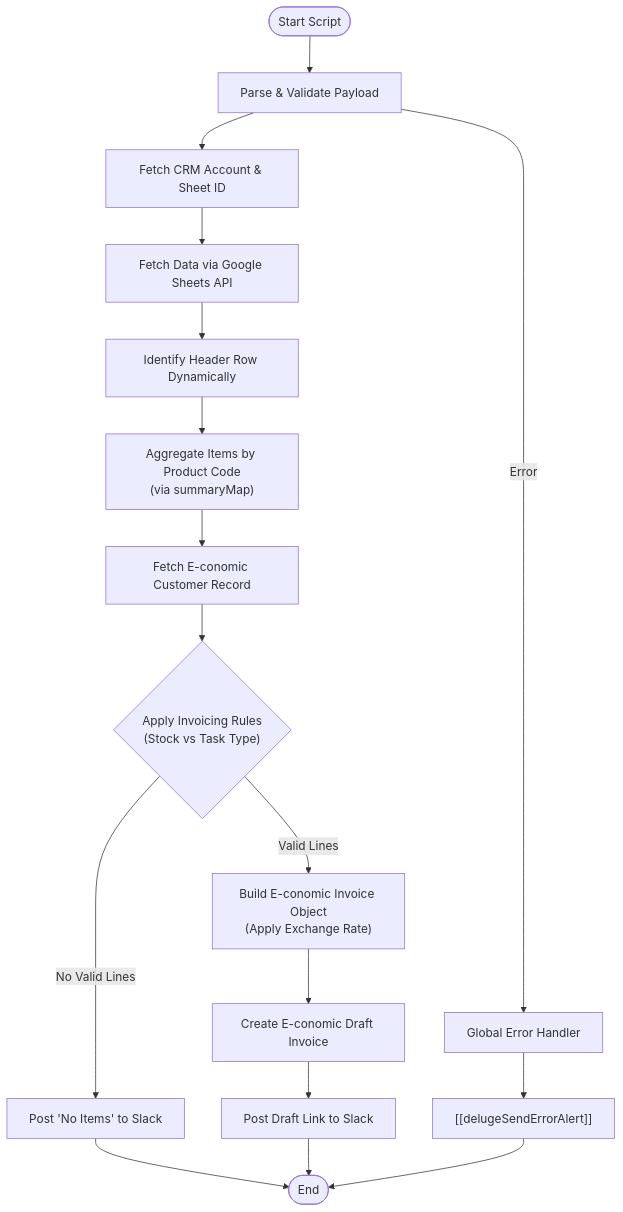
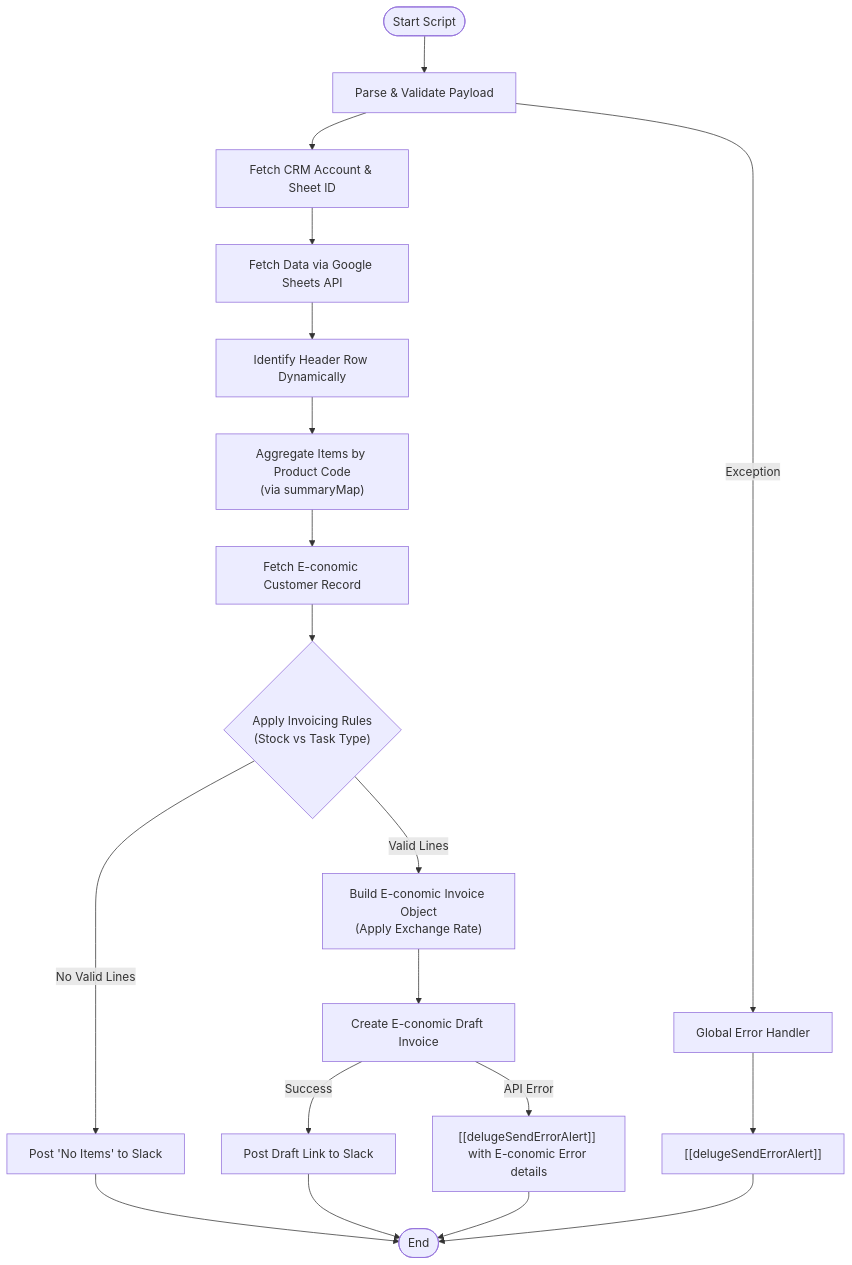
One commit to martinkp93/zoho-scripts changed the diagram in Revenue and Finance/Invoicing Automation/Draft Invoicing Handler/delugeProcessRenewalsOrNewSalesForInvoicingV2.md. Above: the diagram before and after it, drawn with Mermaid. The commit also changed other lines of this file, not shown here.

Commit message:
Update delugeProcessRenewalsOrNewSalesForInvoicingV2.md docs via DeluluDocu

````diff
--- a/Revenue and Finance/Invoicing Automation/Draft Invoicing Handler/delugeProcessRenewalsOrNewSalesForInvoicingV2.md
+++ b/Revenue and Finance/Invoicing Automation/Draft Invoicing Handler/delugeProcessRenewalsOrNewSalesForInvoicingV2.md
@@ -36,23 +36,25 @@
 ```mermaid
 graph TD
     Start(["Start Script"]) --> Parse["Parse & Validate Payload"]
     Parse --> GetCRM["Fetch CRM Account & Sheet ID"]
     GetCRM --> FetchSheet["Fetch Data via Google Sheets API"]
     FetchSheet --> FindHeaders["Identify Header Row Dynamically"]
     FindHeaders --> Agg["Aggregate Items by Product Code<br/>(via summaryMap)"]
     Agg --> GetEcon["Fetch E-conomic Customer Record"]
     GetEcon --> Rules{"Apply Invoicing Rules<br/>(Stock vs Task Type)"}
     
     Rules -- "Valid Lines" --> Build["Build E-conomic Invoice Object<br/>(Apply Exchange Rate)"]
     Rules -- "No Valid Lines" --> SlackEmpty["Post 'No Items' to Slack"]
     
     Build --> CreateDraft["Create E-conomic Draft Invoice"]
-    CreateDraft --> SlackSuccess["Post Draft Link to Slack"]
+    CreateDraft -- "Success" --> SlackSuccess["Post Draft Link to Slack"]
+    CreateDraft -- "API Error" --> AlertError["[[delugeSendErrorAlert]] with E-conomic Error details"]
     
     SlackEmpty --> End(["End"])
     SlackSuccess --> End
+    AlertError --> End
     
-    Parse -- "Error" --> HandleError["Global Error Handler"]
+    Parse -- "Exception" --> HandleError["Global Error Handler"]
     HandleError --> SlackErr["[[delugeSendErrorAlert]]"]
     SlackErr --> End
 ```
````
